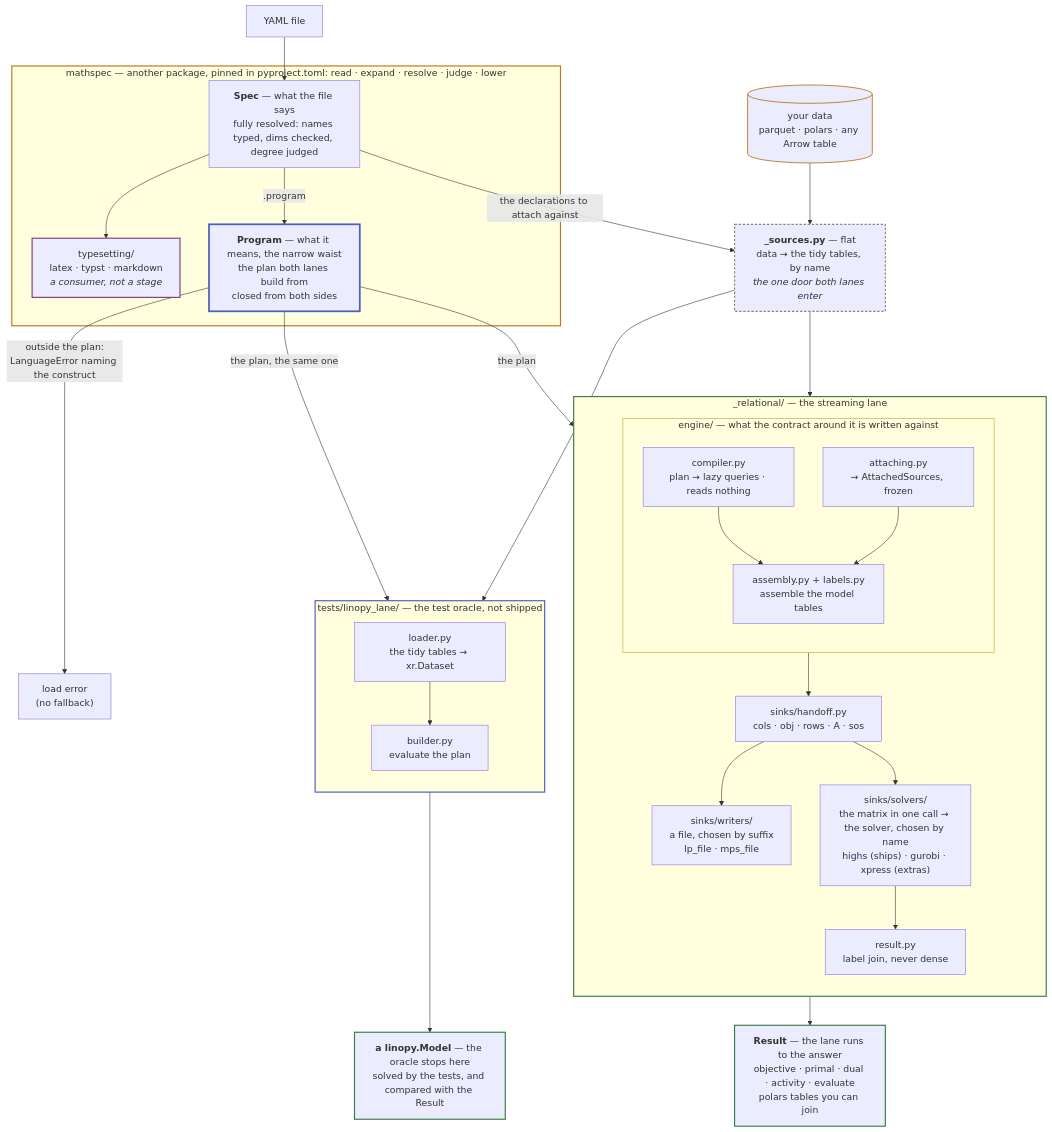
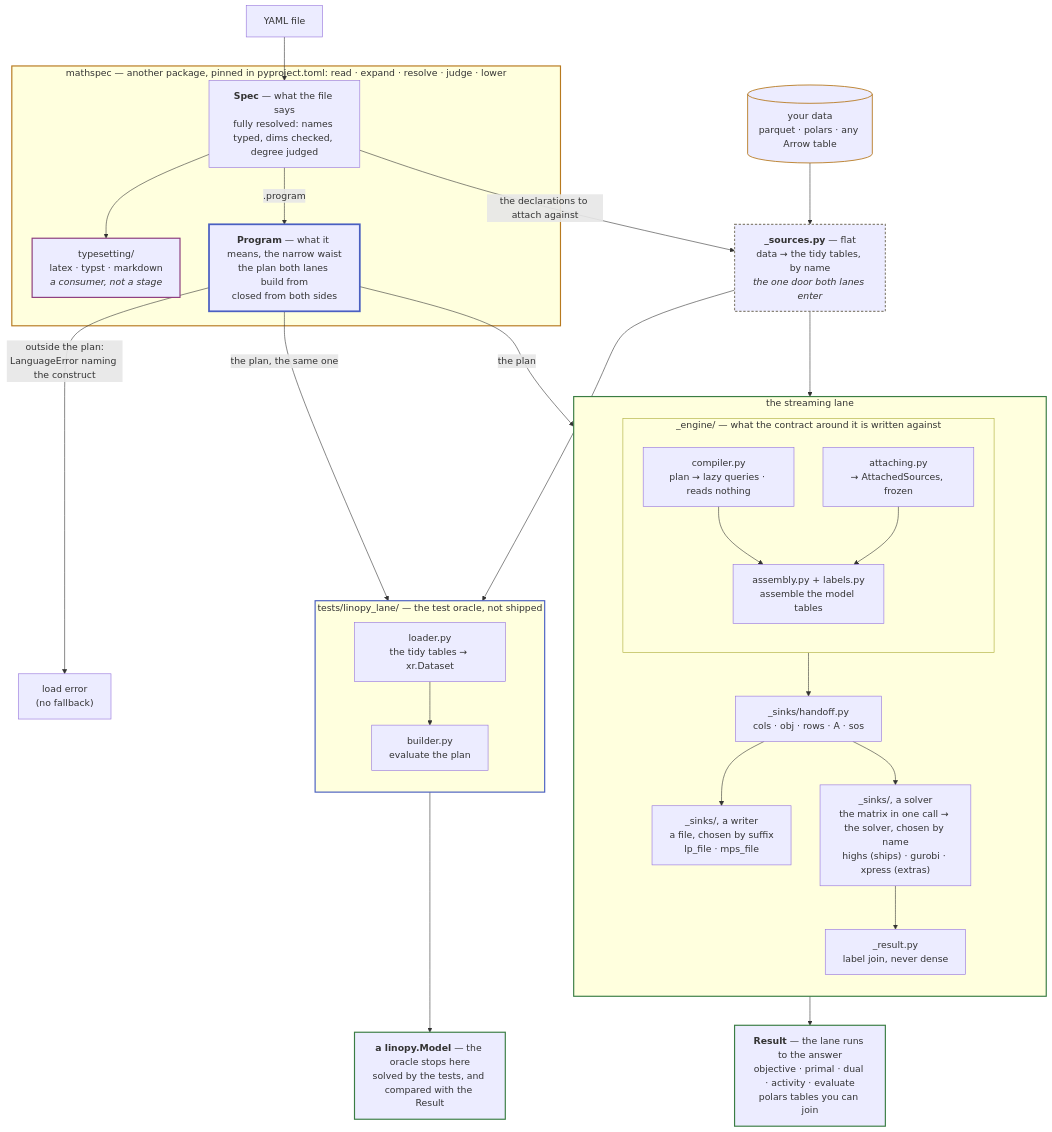
The diagram in docs/development/architecture.md (fluxopt/specsolve), drawn with Mermaid before and after one commit. The commit also changed other lines of this file and 100 other files, not shown here.

First line of the commit message:
chore: the private modules sit at most one directory below the package, in _engine/ and _sinks/ (#2056)

````diff
--- a/docs/development/architecture.md
+++ b/docs/development/architecture.md
@@ -18,59 +19,59 @@
 ```mermaid
 flowchart TB
     Y[YAML file] --> SPEC
     DATA[("your data<br/>parquet · polars · any Arrow table")] --> SRC
 
     subgraph MS["mathspec — another package, pinned in pyproject.toml: read · expand · resolve · judge · lower"]
         SPEC["<b>Spec</b> — what the file says<br/>fully resolved: names typed, dims checked, degree judged"]
         SPEC --> TS["typesetting/<br/>latex · typst · markdown<br/><i>a consumer, not a stage</i>"]
         SPEC -->|".program"| PLAN["<b>Program</b> — what it means, the narrow waist<br/>the plan both lanes build from<br/>closed from both sides"]
     end
 
     SPEC -->|"the declarations to attach against"| SRC
     SRC["<b>_sources.py</b> — flat<br/>data → the tidy tables, by name<br/><i>the one door both lanes enter</i>"]
 
     PLAN -->|"outside the plan:<br/>LanguageError naming the construct"| ERR["load error<br/>(no fallback)"]
     PLAN -->|"the plan"| COMP
     SRC --> ATTACH
     PLAN -->|"the plan, the same one"| BUILD
     SRC --> LOAD
 
-    subgraph REL["_relational/ — the streaming lane"]
+    subgraph REL["the streaming lane"]
         direction TB
-        subgraph ENG["engine/ — what the contract around it is written against"]
+        subgraph ENG["_engine/ — what the contract around it is written against"]
             direction TB
             COMP["compiler.py<br/>plan → lazy queries · reads nothing"] --> ENGINE
             ATTACH["attaching.py<br/>→ AttachedSources, frozen"] --> ENGINE["assembly.py + labels.py<br/>assemble the model tables"]
         end
-        ENG --> TABLES["sinks/handoff.py<br/>cols · obj · rows · A · sos"]
-        TABLES --> LPS["sinks/writers/<br/>a file, chosen by suffix<br/>lp_file · mps_file"]
-        TABLES --> DIRECT["sinks/solvers/<br/>the matrix in one call → the solver, chosen by name<br/>highs (ships) · gurobi · xpress (extras)"]
-        DIRECT --> SOL["result.py<br/>label join, never dense"]
+        ENG --> TABLES["_sinks/handoff.py<br/>cols · obj · rows · A · sos"]
+        TABLES --> LPS["_sinks/, a writer<br/>a file, chosen by suffix<br/>lp_file · mps_file"]
+        TABLES --> DIRECT["_sinks/, a solver<br/>the matrix in one call → the solver, chosen by name<br/>highs (ships) · gurobi · xpress (extras)"]
+        DIRECT --> SOL["_result.py<br/>label join, never dense"]
     end
 
     SOL --> ANS["<b>Result</b> — the lane runs to the answer<br/>objective · primal · dual · activity · evaluate<br/>polars tables you can join"]
 
     subgraph LIN["tests/linopy_lane/ — the test oracle, not shipped"]
         direction TB
         LOAD["loader.py<br/>the tidy tables → xr.Dataset"] --> BUILD["builder.py<br/>evaluate the plan"]
     end
 
     BUILD --> MODEL["<b>a linopy.Model</b> — the oracle stops here<br/>solved by the tests, and compared with the Result"]
 
     classDef laneL stroke:#b7791f,stroke-width:2px
     classDef laneR stroke:#3a7d44,stroke-width:2px
     classDef laneE stroke:#4a5fc1,stroke-width:2px
     classDef laneT stroke:#8b3a7d,stroke-width:2px
     classDef waist stroke:#4a5fc1,stroke-width:3px
     classDef flat stroke:#8a8578,stroke-width:2px,stroke-dasharray:4 3
     classDef data stroke:#b7791f,stroke-width:1.5px
     classDef out stroke:#3a7d44,stroke-width:2px
     class MS laneL
     class REL laneR
     class LIN laneE
     class TS laneT
     class PLAN waist
     class SRC flat
     class DATA data
     class ANS,MODEL out
 ```
````
